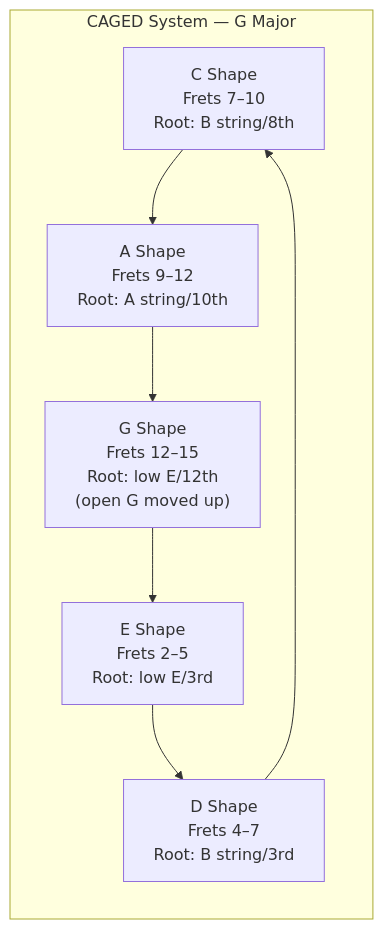
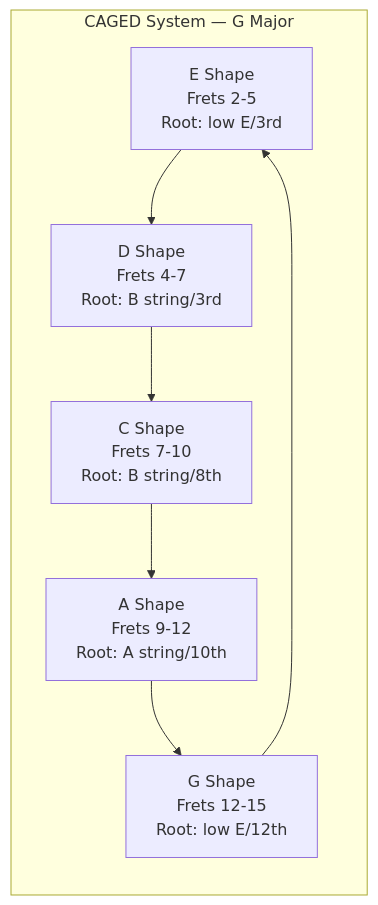
The first of 2 diagrams in topics/arts/music_performance/guitar/labs.md (blebleblee/synapse), drawn with Mermaid before and after one commit. The commit also changed other lines of this file and 2 other files, not shown here.

````diff
--- a/topics/arts/music_performance/guitar/labs.md
+++ b/topics/arts/music_performance/guitar/labs.md
@@ -279,11 +272,11 @@
 ```mermaid
 graph LR
     subgraph sub_caged ["CAGED System — G Major"]
-        C_shape["C Shape\nFrets 7–10\nRoot: B string/8th"]
-        A_shape["A Shape\nFrets 9–12\nRoot: A string/10th"]
-        G_shape["G Shape\nFrets 12–15\nRoot: low E/12th\n(open G moved up)"]
-        E_shape["E Shape\nFrets 2–5\nRoot: low E/3rd"]
-        D_shape["D Shape\nFrets 4–7\nRoot: B string/3rd"]
+        E_shape["E Shape<br/>Frets 2-5<br/>Root: low E/3rd"]
+        D_shape["D Shape<br/>Frets 4-7<br/>Root: B string/3rd"]
+        C_shape["C Shape<br/>Frets 7-10<br/>Root: B string/8th"]
+        A_shape["A Shape<br/>Frets 9-12<br/>Root: A string/10th"]
+        G_shape["G Shape<br/>Frets 12-15<br/>Root: low E/12th"]
     end
     E_shape --> D_shape --> C_shape --> A_shape --> G_shape --> E_shape
 ```
````
